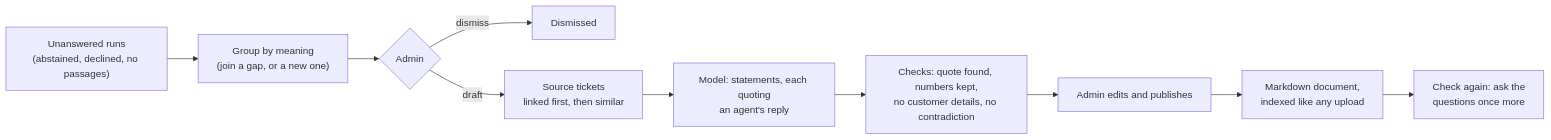
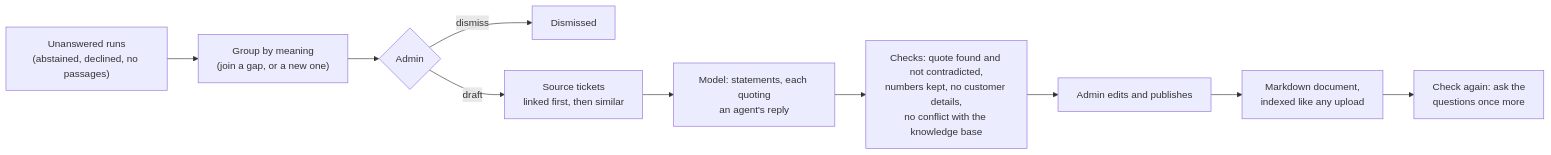
The diagram in docs/features/knowledge-gaps.md (Tulsee/supportIQ), drawn with Mermaid before and after one commit. The commit also changed other lines of this file and 17 other files, not shown here.

````diff
--- a/docs/features/knowledge-gaps.md
+++ b/docs/features/knowledge-gaps.md
@@ -16,12 +16,12 @@
 ```mermaid
 flowchart LR
     R["Unanswered runs<br/>(abstained, declined, no passages)"] --> G["Group by meaning<br/>(join a gap, or a new one)"]
     G --> A{Admin}
     A -->|dismiss| D[Dismissed]
     A -->|draft| S["Source tickets<br/>linked first, then similar"]
     S --> M["Model: statements, each quoting<br/>an agent's reply"]
-    M --> C["Checks: quote found, numbers kept,<br/>no customer details, no contradiction"]
+    M --> C["Checks: quote found and not contradicted,<br/>numbers kept, no customer details,<br/>no conflict with the knowledge base"]
     C --> E[Admin edits and publishes]
     E --> P["Markdown document,<br/>indexed like any upload"]
     P --> K["Check again: ask the<br/>questions once more"]
 ```
````
